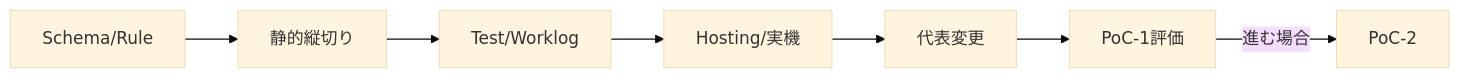
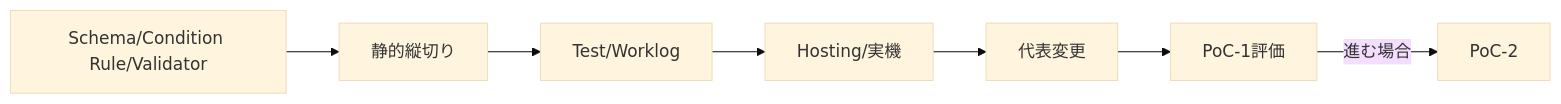
Before and after one commit to tatsumasanakamura-max/Platform: the diagram in docs/12_product_backlog.md, drawn with Mermaid (base theme). The commit also changed other lines of this file and 6 other files, not shown here.

````diff
--- a/docs/12_product_backlog.md
+++ b/docs/12_product_backlog.md
@@ -41,9 +42,9 @@
 ```mermaid
 flowchart LR
-  A[Schema/Rule] --> B[静的縦切り]
+  A[Schema/Condition Rule/Validator] --> B[静的縦切り]
   B --> C[Test/Worklog]
   C --> D[Hosting/実機]
   D --> E[代表変更]
   E --> F[PoC-1評価]
   F -->|進む場合| G[PoC-2]
 ```
````
